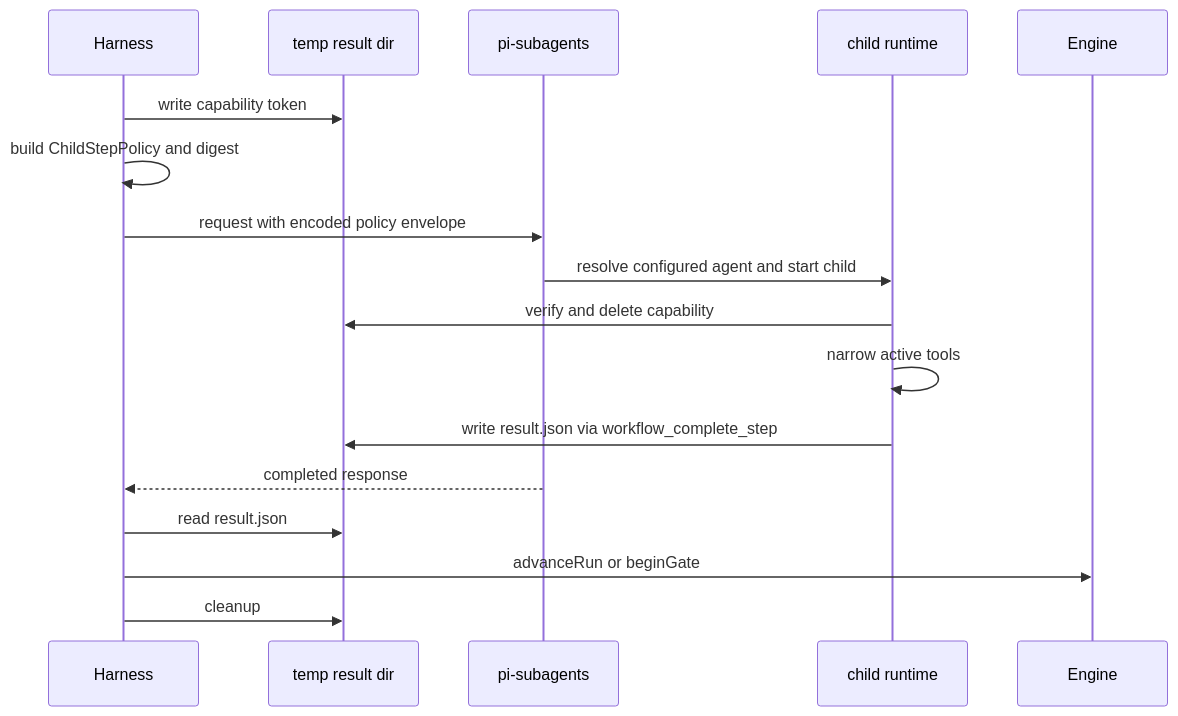
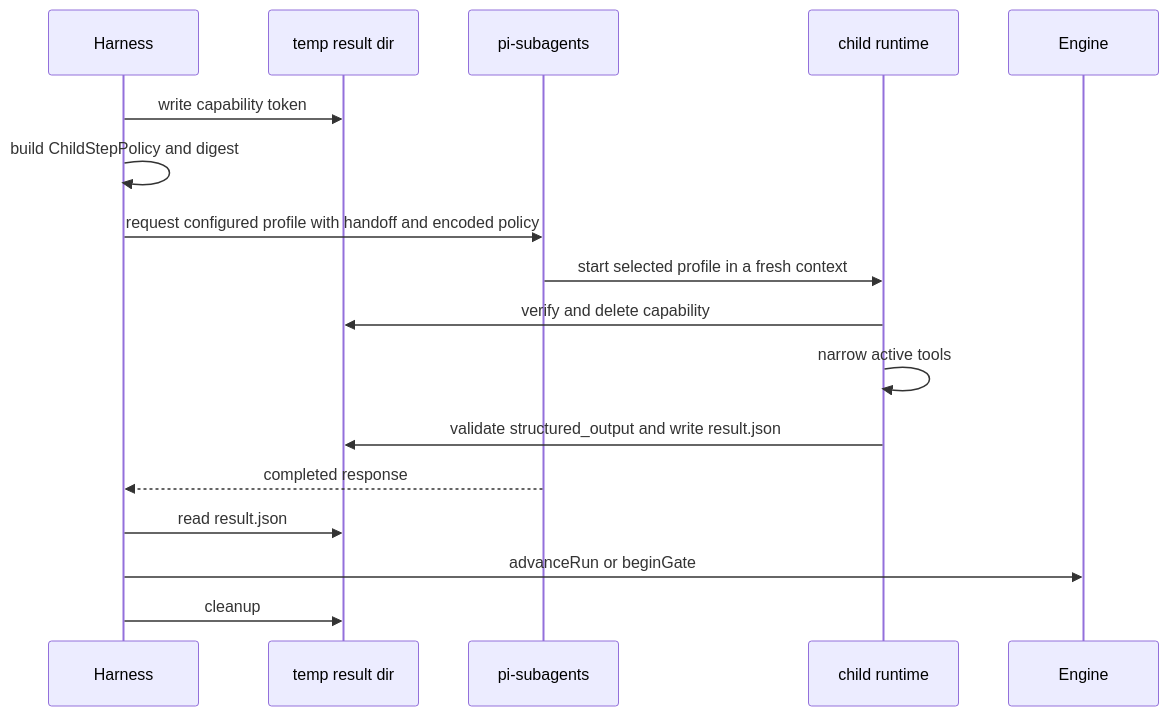
Before and after one commit to wichayutdew/pi-workflows: the fourth of 8 diagrams in openwiki/architecture/runtime-lifecycle.md, drawn with Mermaid. The commit also changed other lines of this file and 57 other files, not shown here.

````diff
--- a/openwiki/architecture/runtime-lifecycle.md
+++ b/openwiki/architecture/runtime-lifecycle.md
@@ -75,20 +75,20 @@
 ```mermaid
 sequenceDiagram
   participant Harness
   participant Tmp as temp result dir
   participant Sub as pi-subagents
   participant Child as child runtime
   participant Engine
 
   Harness->>Tmp: write capability token
   Harness->>Harness: build ChildStepPolicy and digest
-  Harness->>Sub: request with encoded policy envelope
-  Sub->>Child: resolve configured agent and start child
+  Harness->>Sub: request configured profile with handoff and encoded policy
+  Sub->>Child: start selected profile in a fresh context
   Child->>Tmp: verify and delete capability
   Child->>Child: narrow active tools
-  Child->>Tmp: write result.json via workflow_complete_step
+  Child->>Tmp: validate structured_output and write result.json
   Sub-->>Harness: completed response
   Harness->>Tmp: read result.json
   Harness->>Engine: advanceRun or beginGate
   Harness->>Tmp: cleanup
 ```
````
